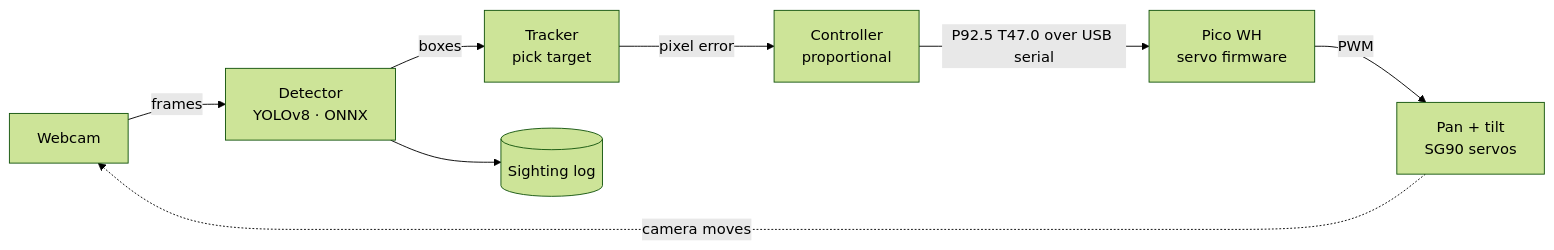
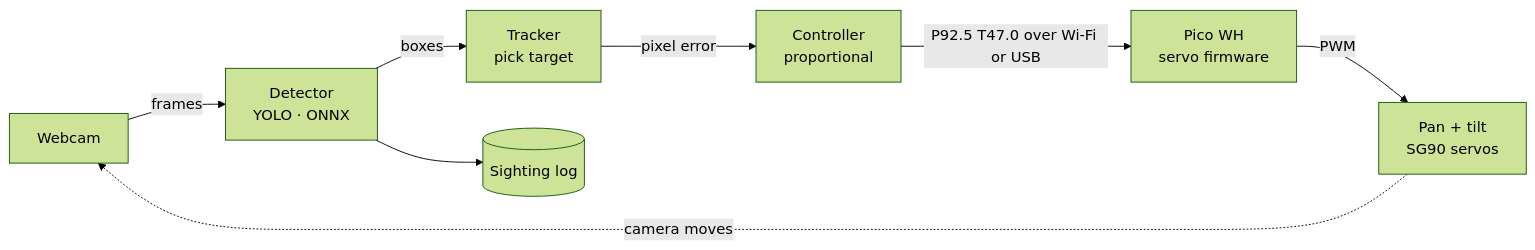
The diagram in README.md (bsalsa2/Skynode), drawn with Mermaid (forest theme) before and after one commit. The commit also changed other lines of this file and 8 other files, not shown here.

````diff
--- a/README.md
+++ b/README.md
@@ -12,10 +12,10 @@
 ```mermaid
 flowchart LR
-    CAM[Webcam] -->|frames| DET[Detector<br/>YOLOv8 · ONNX]
+    CAM[Webcam] -->|frames| DET[Detector<br/>YOLO · ONNX]
     DET -->|boxes| TRK[Tracker<br/>pick target]
     TRK -->|pixel error| CTL[Controller<br/>proportional]
-    CTL -->|P92.5 T47.0 over USB serial| PICO[Pico WH<br/>servo firmware]
+    CTL -->|P92.5 T47.0 over Wi-Fi or USB| PICO[Pico WH<br/>servo firmware]
     PICO -->|PWM| SERVOS[Pan + tilt<br/>SG90 servos]
     SERVOS -.->|camera moves| CAM
     DET --> LOG[(Sighting log)]
 ```
````
